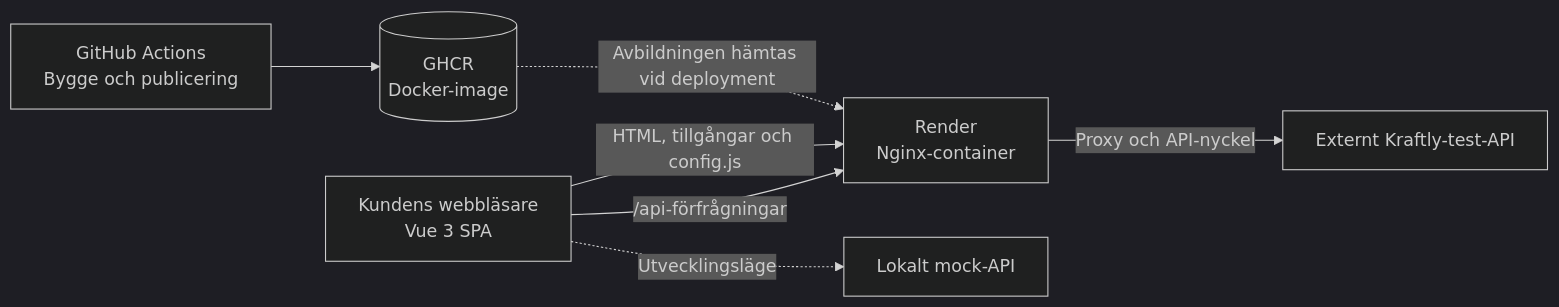
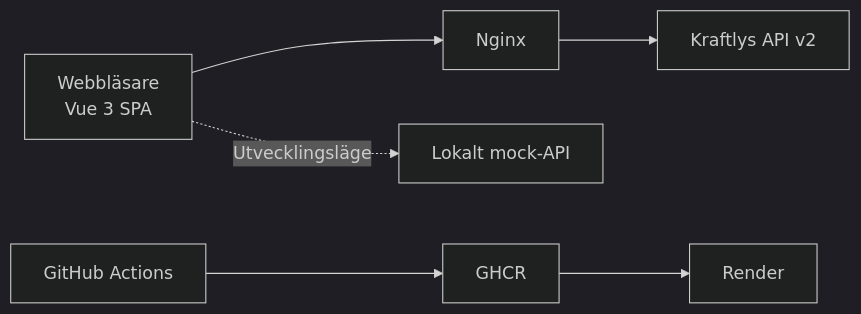
Before and after one commit to suzan-al-majdalawi/kraftly-suzan-team: the diagram in README.md, drawn with Mermaid (dark theme). The commit also changed other lines of this file, not shown here.

````diff
--- a/README.md
+++ b/README.md
@@ -174,16 +204,16 @@
 ```mermaid
 flowchart LR
-    Browser["Kundens webbläsare<br/>Vue 3 SPA"]
-    GitHub["GitHub Actions<br/>Bygge och publicering"]
-    GHCR[("GHCR<br/>Docker-image")]
-    Render["Render<br/>Nginx-container"]
-    API["Externt Kraftly-test-API"]
+    Browser["Webbläsare<br/>Vue 3 SPA"]
+    Nginx["Nginx"]
+    API["Kraftlys API v2"]
     Mock["Lokalt mock-API"]
+    Actions["GitHub Actions"]
+    GHCR["GHCR"]
+    Render["Render"]
 
-    GitHub --> GHCR
-    GHCR -.->|"Avbildningen hämtas vid deployment"| Render
-    Browser -->|"HTML, tillgångar och config.js"| Render
-    Browser -->|"/api-förfrågningar"| Render
-    Render -->|"Proxy och API-nyckel"| API
+    Browser --> Nginx
+    Nginx --> API
     Browser -.->|"Utvecklingsläge"| Mock
+    Actions --> GHCR
+    GHCR --> Render
 ```
````
